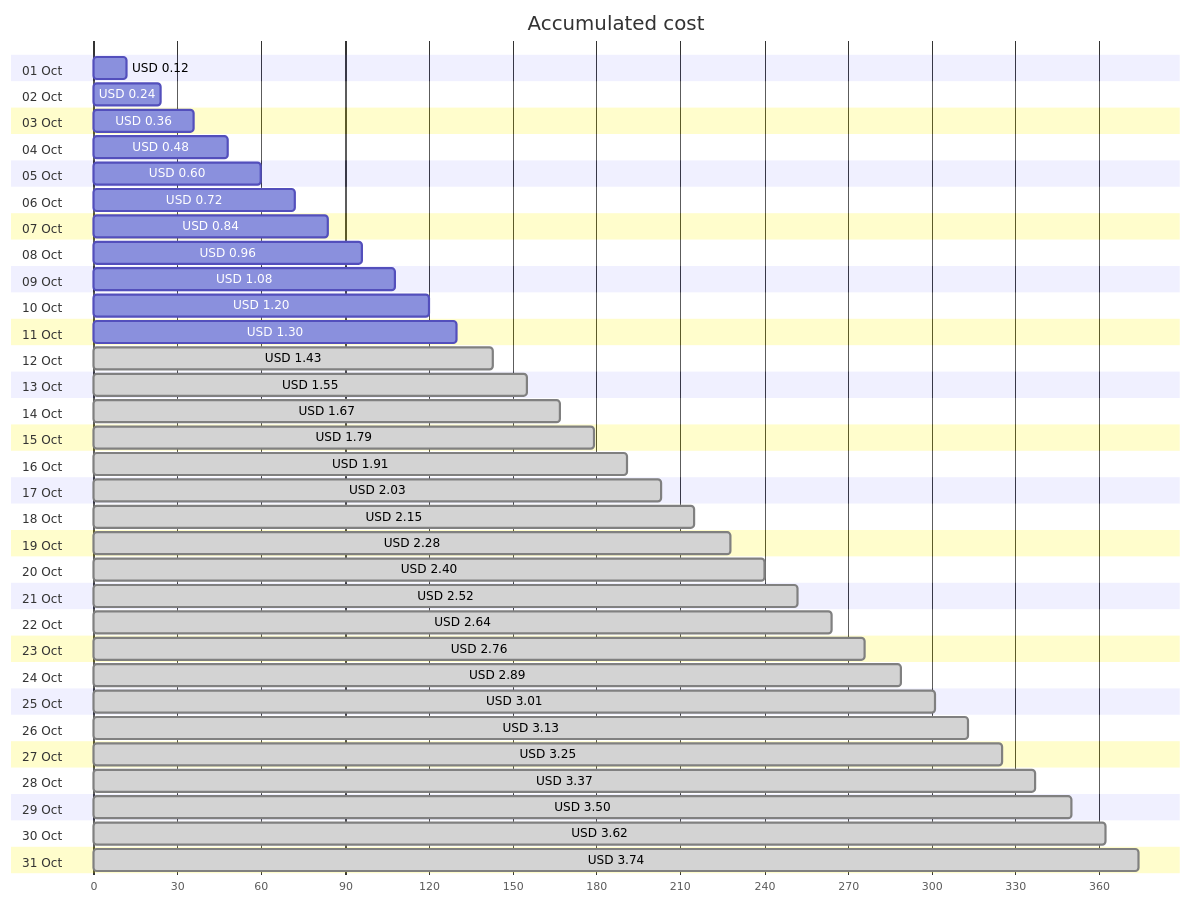
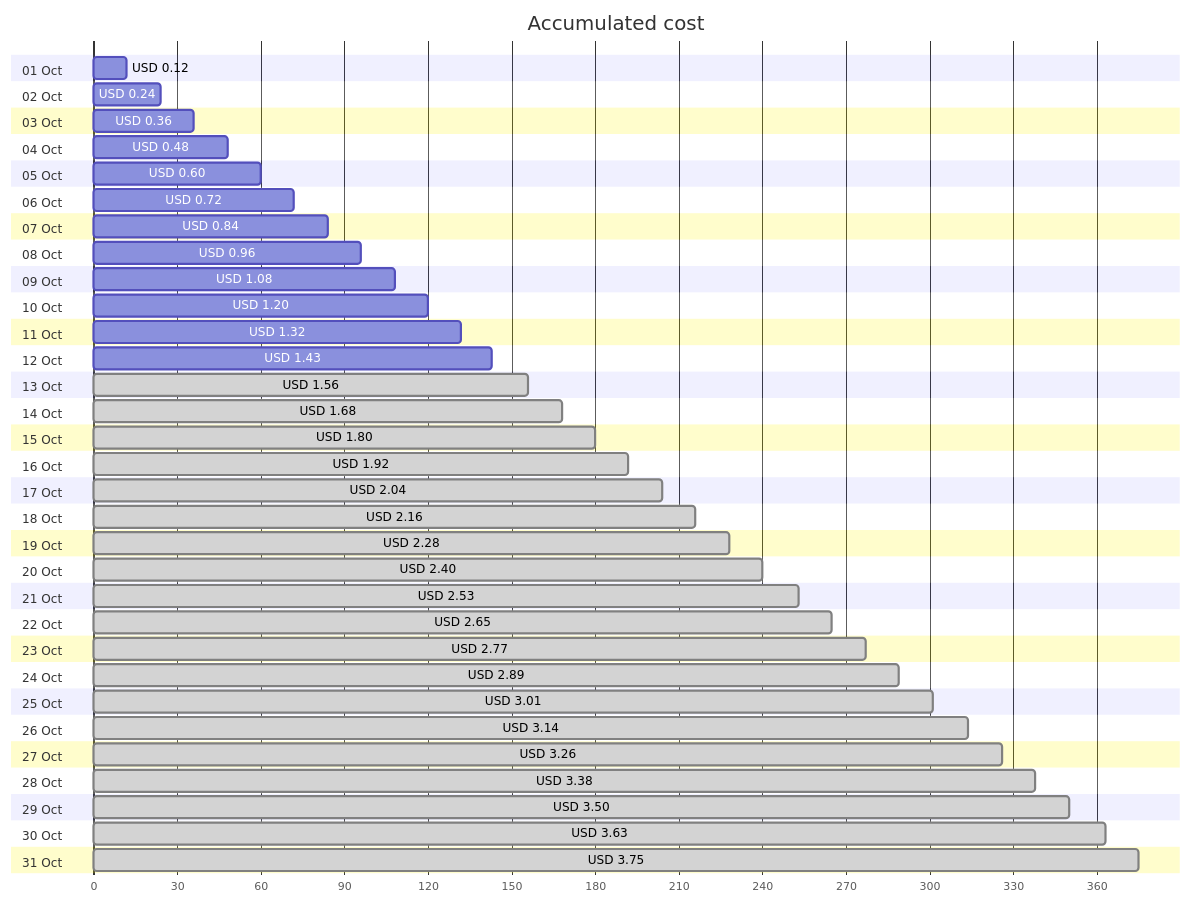
One commit to jpfulton/azure-personal-reports changed the first of 4 diagrams in cost-reports/personal-network/backup-server-public-ip.md. Above: the diagram before and after it, drawn with Mermaid. The commit also changed other lines of this file and 8 other files, not shown here.

````diff
--- a/cost-reports/personal-network/backup-server-public-ip.md
+++ b/cost-reports/personal-network/backup-server-public-ip.md
@@ -20,68 +20,68 @@
 ```mermaid
 gantt
    title Accumulated cost
    dateFormat  X
    axisFormat %s
    section 01 Oct
    USD 0.12 :0, 12
    section 02 Oct
    USD 0.24 :0, 24
    section 03 Oct
    USD 0.36 :0, 36
    section 04 Oct
    USD 0.48 :0, 48
    section 05 Oct
    USD 0.60 :0, 60
    section 06 Oct
    USD 0.72 :0, 72
    section 07 Oct
    USD 0.84 :0, 84
    section 08 Oct
    USD 0.96 :0, 96
    section 09 Oct
    USD 1.08 :0, 108
    section 10 Oct
    USD 1.20 :0, 120
    section 11 Oct
-   USD 1.30 :0, 130
+   USD 1.32 :0, 132
    section 12 Oct
-   USD 1.43 : done, 0, 143
+   USD 1.43 :0, 143
    section 13 Oct
-   USD 1.55 : done, 0, 155
+   USD 1.56 : done, 0, 156
    section 14 Oct
-   USD 1.67 : done, 0, 167
+   USD 1.68 : done, 0, 168
    section 15 Oct
-   USD 1.79 : done, 0, 179
+   USD 1.80 : done, 0, 180
    section 16 Oct
-   USD 1.91 : done, 0, 191
+   USD 1.92 : done, 0, 192
    section 17 Oct
-   USD 2.03 : done, 0, 203
+   USD 2.04 : done, 0, 204
    section 18 Oct
-   USD 2.15 : done, 0, 215
+   USD 2.16 : done, 0, 216
    section 19 Oct
    USD 2.28 : done, 0, 228
    section 20 Oct
    USD 2.40 : done, 0, 240
    section 21 Oct
-   USD 2.52 : done, 0, 252
+   USD 2.53 : done, 0, 253
    section 22 Oct
-   USD 2.64 : done, 0, 264
+   USD 2.65 : done, 0, 265
    section 23 Oct
-   USD 2.76 : done, 0, 276
+   USD 2.77 : done, 0, 277
    section 24 Oct
    USD 2.89 : done, 0, 289
    section 25 Oct
    USD 3.01 : done, 0, 301
    section 26 Oct
-   USD 3.13 : done, 0, 313
+   USD 3.14 : done, 0, 314
    section 27 Oct
-   USD 3.25 : done, 0, 325
+   USD 3.26 : done, 0, 326
    section 28 Oct
-   USD 3.37 : done, 0, 337
+   USD 3.38 : done, 0, 338
    section 29 Oct
    USD 3.50 : done, 0, 350
    section 30 Oct
-   USD 3.62 : done, 0, 362
+   USD 3.63 : done, 0, 363
    section 31 Oct
-   USD 3.74 : done, 0, 374
+   USD 3.75 : done, 0, 375
 ```
````
